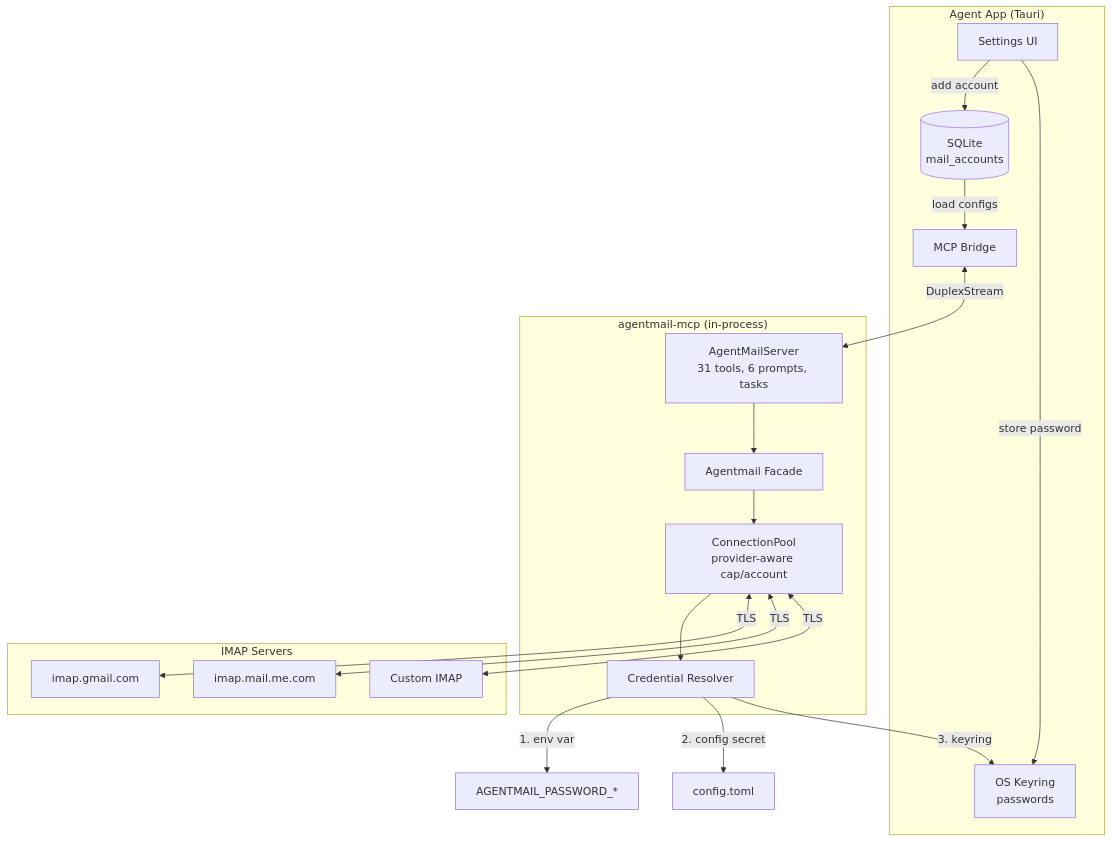
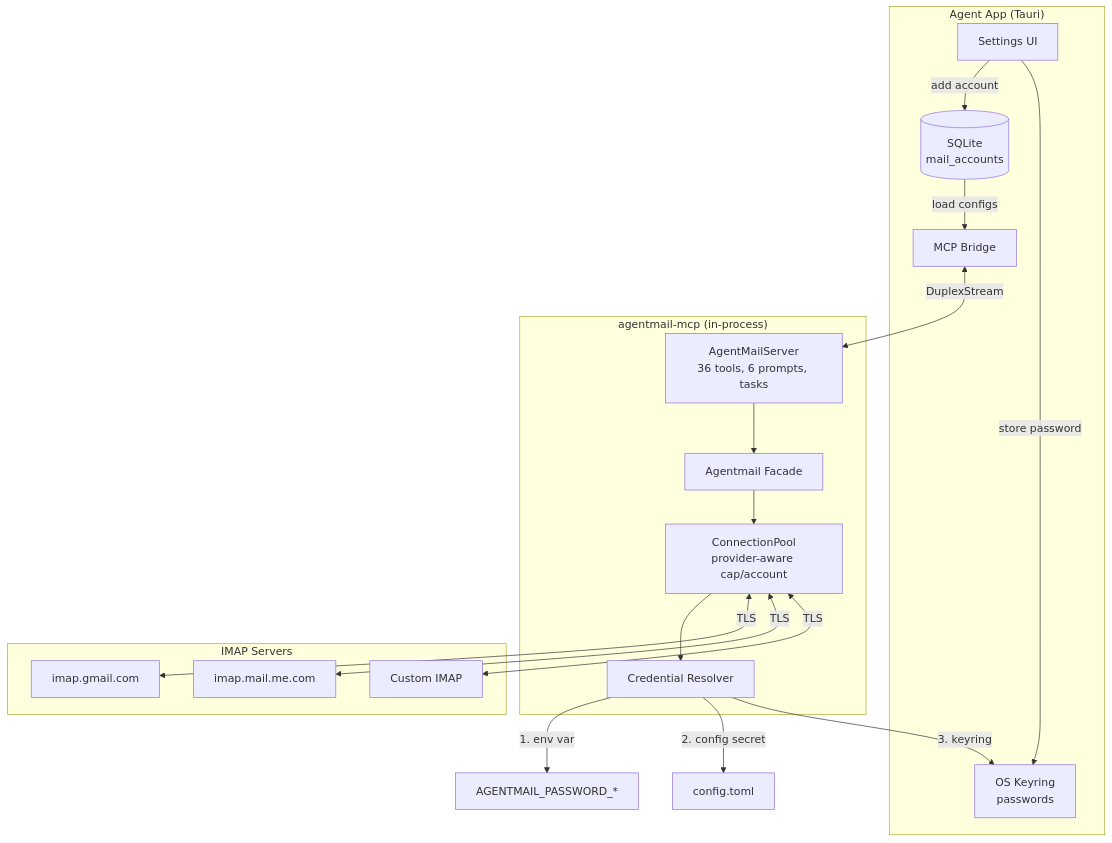
Before and after one commit to Weekendsuperhero-io/agentmail: the first of 4 diagrams in DESIGN.md, drawn with Mermaid. The commit also changed other lines of this file and 63 other files, not shown here.

````diff
--- a/DESIGN.md
+++ b/DESIGN.md
@@ -13,36 +13,36 @@
 ```mermaid
 graph TB
     subgraph "Agent App (Tauri)"
         UI[Settings UI]
         DB[(SQLite<br/>mail_accounts)]
         KR[OS Keyring<br/>passwords]
         GW[MCP Bridge]
     end
 
     subgraph "agentmail-mcp (in-process)"
-        MCP[AgentMailServer<br/>31 tools, 6 prompts, tasks]
+        MCP[AgentMailServer<br/>36 tools, 6 prompts, tasks]
         MK[Agentmail Facade]
         POOL[ConnectionPool<br/>provider-aware cap/account]
         CRED[Credential Resolver]
     end
 
     subgraph "IMAP Servers"
         GMAIL[imap.gmail.com]
         ICLOUD[imap.mail.me.com]
         CUSTOM[Custom IMAP]
     end
 
     UI -->|add account| DB
     UI -->|store password| KR
     DB -->|load configs| GW
     GW <-->|DuplexStream| MCP
     MCP --> MK
     MK --> POOL
     POOL --> CRED
     CRED -->|1. env var| ENV[AGENTMAIL_PASSWORD_*]
     CRED -->|2. config secret| CFG[config.toml]
     CRED -->|3. keyring| KR
     POOL <-->|TLS| GMAIL
     POOL <-->|TLS| ICLOUD
     POOL <-->|TLS| CUSTOM
 ```
````
